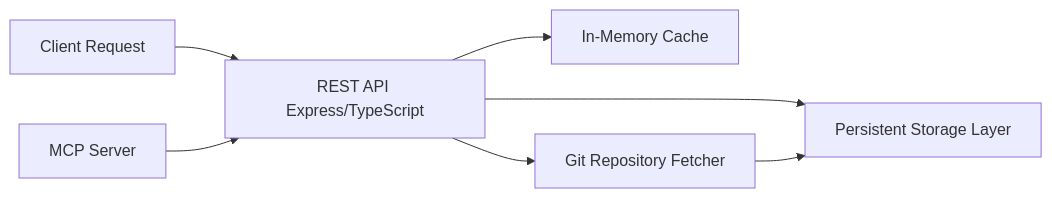
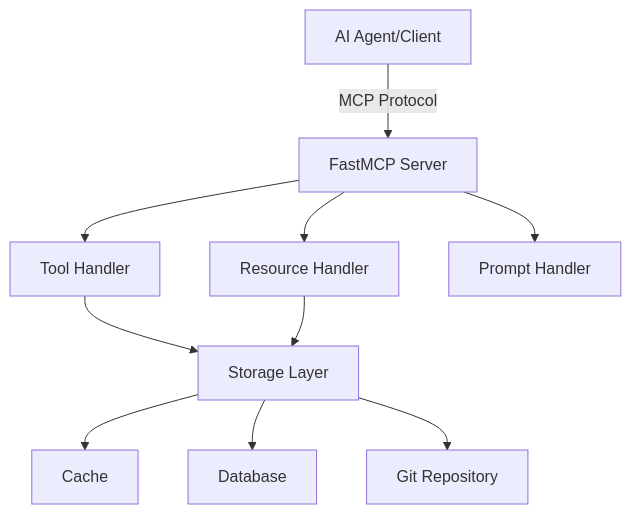
One commit to Nazruden/mcp-cursor-rules changed the diagram in .ai/prd.md. Above: the diagram before and after it, drawn with Mermaid. The commit also changed other lines of this file and 19 other files, not shown here.

First line of the commit message:
feat(story-1): implement FastMCP server with smart_fetch tool

````diff
--- a/.ai/prd.md
+++ b/.ai/prd.md
@@ -65,16 +137,12 @@
 ```mermaid
-graph LR
-    A[Client Request]
-    B[REST API Express/TypeScript]
-    C[Persistent Storage Layer]
-    D[In-Memory Cache]
-    E[Git Repository Fetcher]
-    F[MCP Server]
-
-    A --> B
-    B --> D
-    B --> C
-    B --> E
-    E --> C
-    F --> B
+graph TB
+    A[AI Agent/Client] -->|MCP Protocol| B[FastMCP Server]
+    B --> C[Tool Handler]
+    B --> D[Resource Handler]
+    B --> E[Prompt Handler]
+    C --> F[Storage Layer]
+    D --> F
+    F --> G[Cache]
+    F --> H[Database]
+    F --> I[Git Repository]
 ```
````
